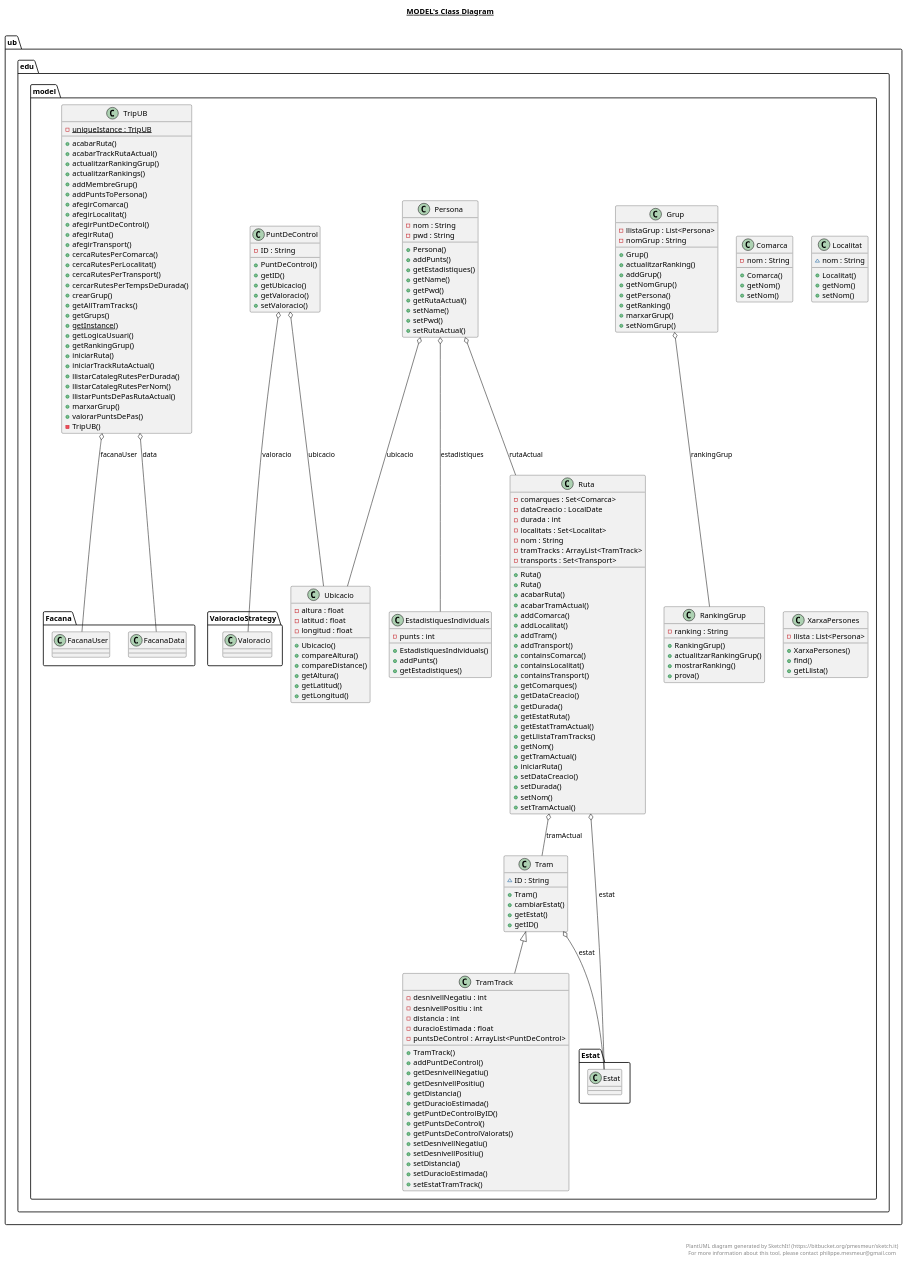
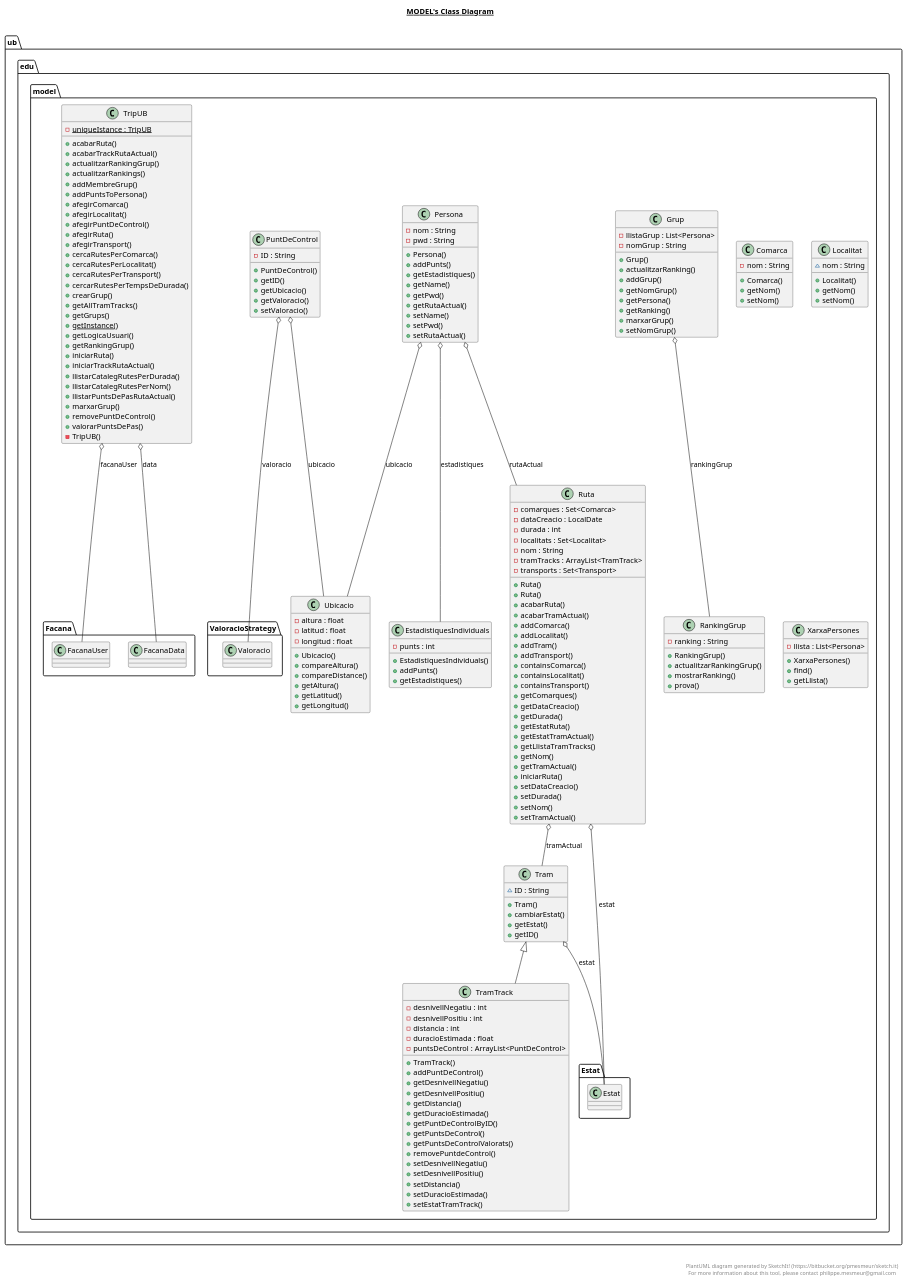
One commit to Samot2003/p3-tripu-dao-a12_reava changed the diagram in src/ub/edu/model/model.plantuml. Above: the diagram before and after it, drawn with PlantUML. The commit also changed 3 other files, not shown here.

```diff
--- a/src/ub/edu/model/model.plantuml
+++ b/src/ub/edu/model/model.plantuml
@@ -152,6 +152,7 @@
         + getPuntDeControlByID()
         + getPuntsDeControl()
         + getPuntsDeControlValorats()
+        + removePuntdeControl()
         + setDesnivellNegatiu()
         + setDesnivellPositiu()
         + setDistancia()
@@ -191,6 +192,7 @@
         + llistarCatalegRutesPerNom()
         + llistarPuntsDePasRutaActual()
         + marxarGrup()
+        + removePuntDeControl()
         + valorarPuntsDePas()
         - TripUB()
     }
```
